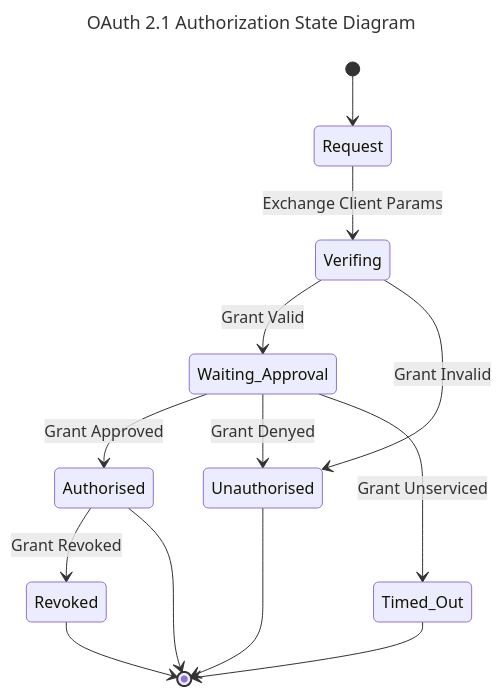
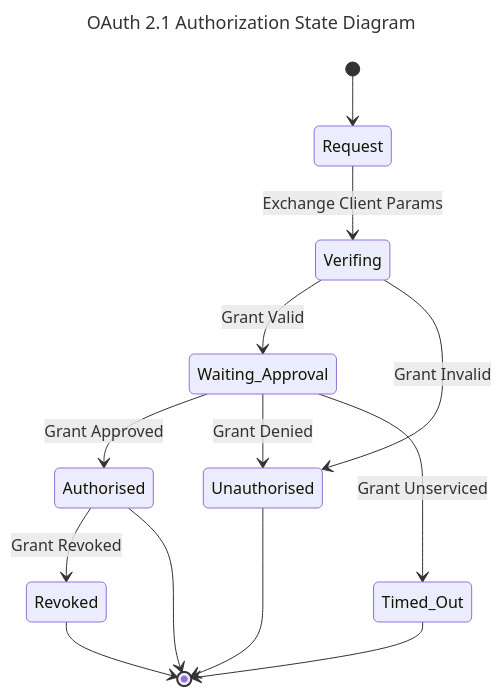
The diagram in content/notes/oauth2.1-state-machine.md (errbufferoverfl/garden.errbufferoverfl.me), drawn with Mermaid before and after one commit.

Commit message:
🚀 2023-06-29 22:40:00: publish to www, ipfs, hyper
Affected files:
content/notes/oauth2.1-state-machine.md

````diff
--- a/content/notes/oauth2.1-state-machine.md
+++ b/content/notes/oauth2.1-state-machine.md
@@ -11,18 +11,18 @@
 ```mermaid
 ---
 title: OAuth 2.1 Authorization State Diagram
 ---
 stateDiagram-v2
 	[*] --> Request
 	Request --> Verifing: Exchange Client Params
 	Verifing --> Waiting_Approval: Grant Valid
 	Verifing --> Unauthorised: Grant Invalid
 	Waiting_Approval --> Authorised: Grant Approved
-	Waiting_Approval --> Unauthorised: Grant Denyed
+	Waiting_Approval --> Unauthorised: Grant Denied
 	Waiting_Approval --> Timed_Out: Grant Unserviced
 	Authorised --> Revoked: Grant Revoked
 	Revoked --> [*]
 	Timed_Out --> [*]
 	Unauthorised --> [*]
 	Authorised --> [*]
 ```
````
